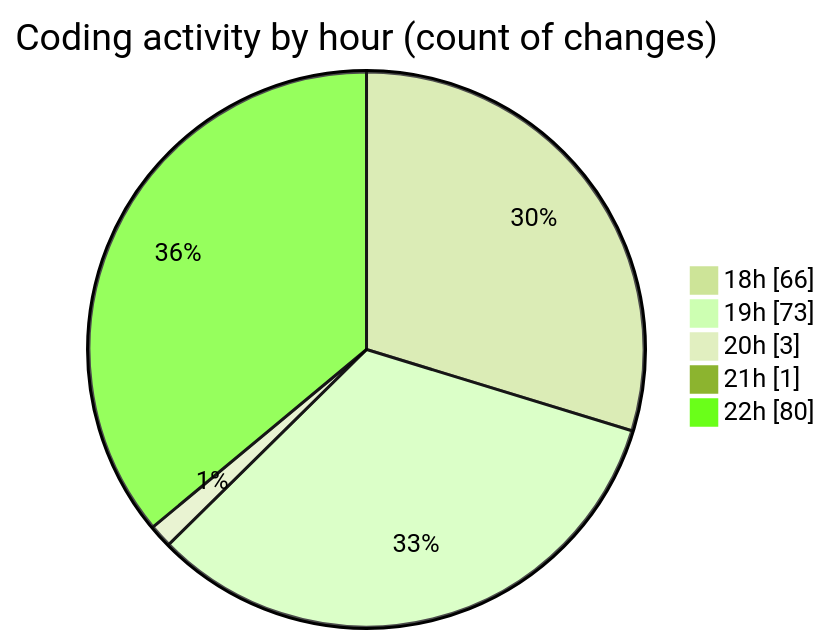
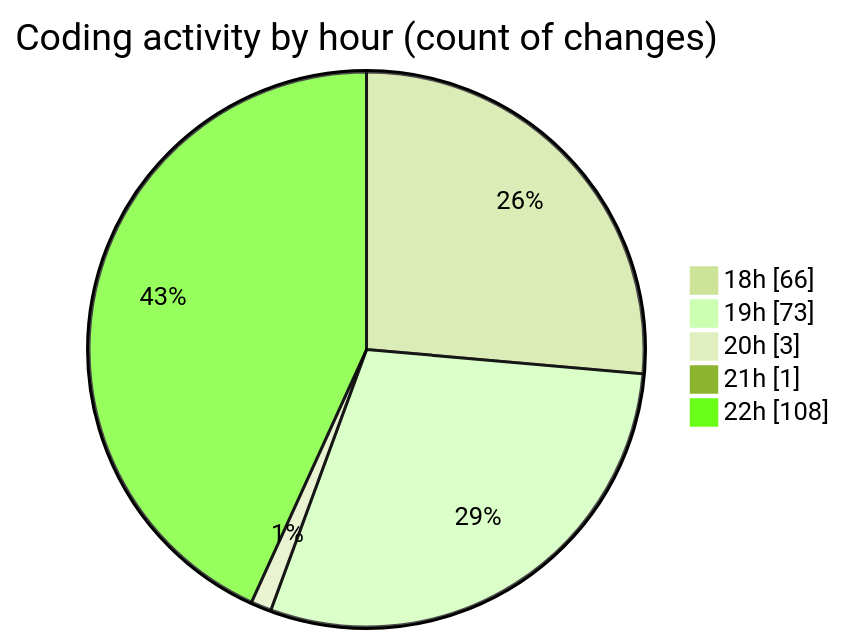
Before and after one commit to Ritupan-Deka/code-tracking: the second of 2 diagrams in 2025-07-16/mern-workoutboard/README.md, drawn with Mermaid (forest theme). The commit also changed other lines of this file and 1 other file, not shown here.

````diff
--- a/2025-07-16/mern-workoutboard/README.md
+++ b/2025-07-16/mern-workoutboard/README.md
@@ -34,9 +34,9 @@
 ```mermaid
 pie showData
 title Coding activity by hour (count of changes)
 "18h" : 66
 "19h" : 73
 "20h" : 3
 "21h" : 1
-"22h" : 80
+"22h" : 108
 ```
````
